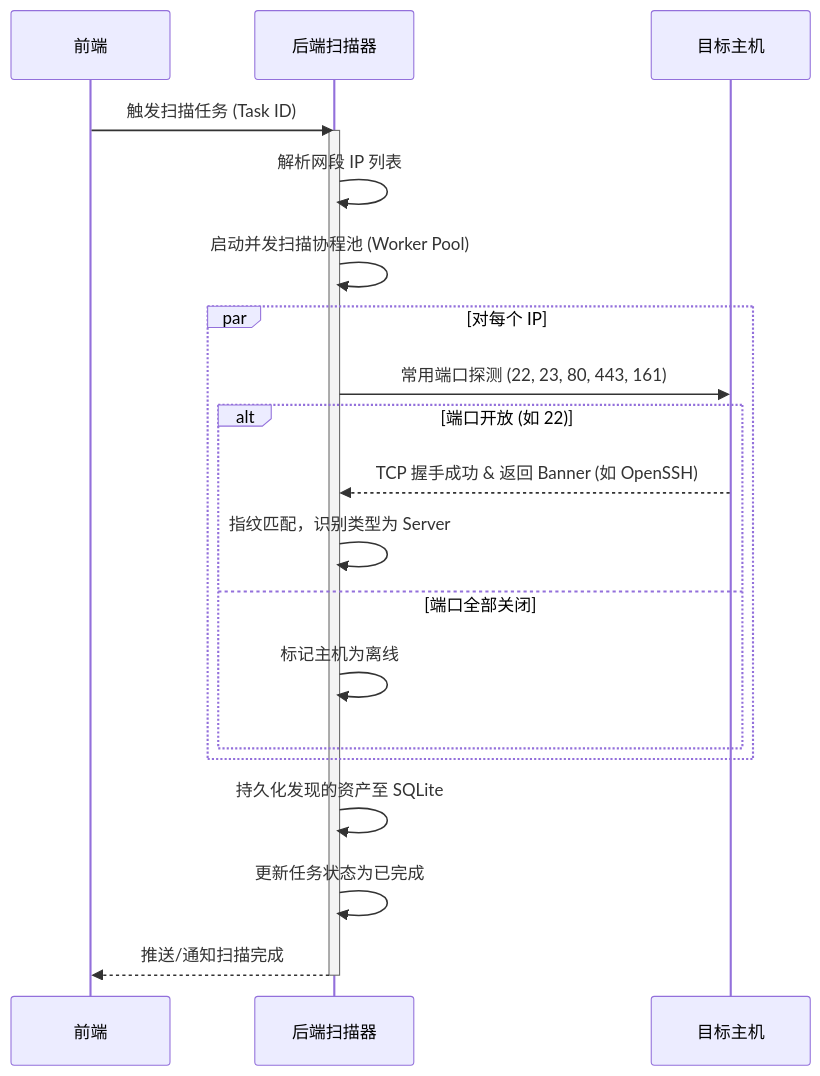
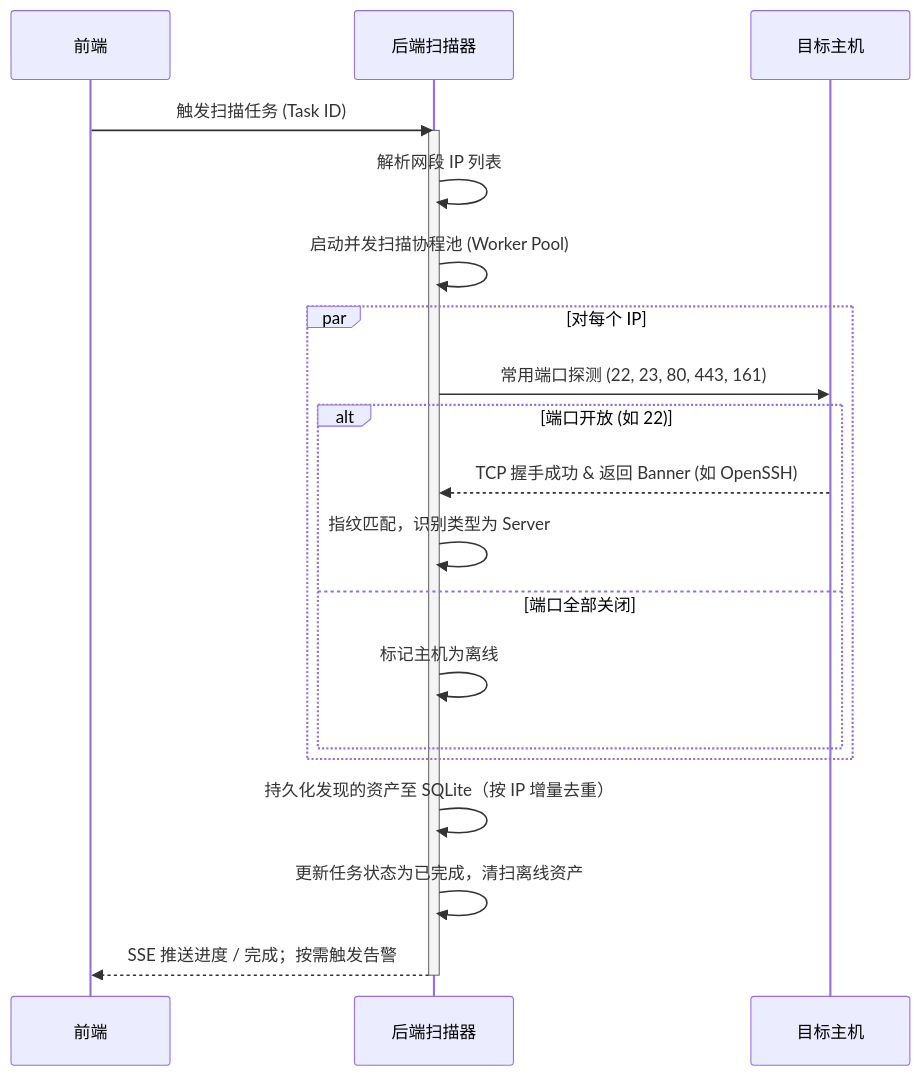
The second of 4 diagrams in docs/architecture.md (xumjbn/meridian), drawn with Mermaid before and after one commit. The commit also changed other lines of this file and 4 other files, not shown here.

````diff
--- a/docs/architecture.md
+++ b/docs/architecture.md
@@ -64,26 +72,26 @@
 ```mermaid
 sequenceDiagram
     participant Web as 前端
     participant App as 后端扫描器
     participant Host as 目标主机
-    
+
     Web->>App: 触发扫描任务 (Task ID)
     activate App
     App->>App: 解析网段 IP 列表
     App->>App: 启动并发扫描协程池 (Worker Pool)
-    
+
     par 对每个 IP
         App->>Host: 常用端口探测 (22, 23, 80, 443, 161)
         alt 端口开放 (如 22)
             Host-->>App: TCP 握手成功 & 返回 Banner (如 OpenSSH)
             App->>App: 指纹匹配，识别类型为 Server
         else 端口全部关闭
             App->>App: 标记主机为离线
         end
     end
-    
-    App->>App: 持久化发现的资产至 SQLite
-    App->>App: 更新任务状态为已完成
-    App-->>Web: 推送/通知扫描完成
+
+    App->>App: 持久化发现的资产至 SQLite（按 IP 增量去重）
+    App->>App: 更新任务状态为已完成，清扫离线资产
+    App-->>Web: SSE 推送进度 / 完成；按需触发告警
     deactivate App
 ```
````
